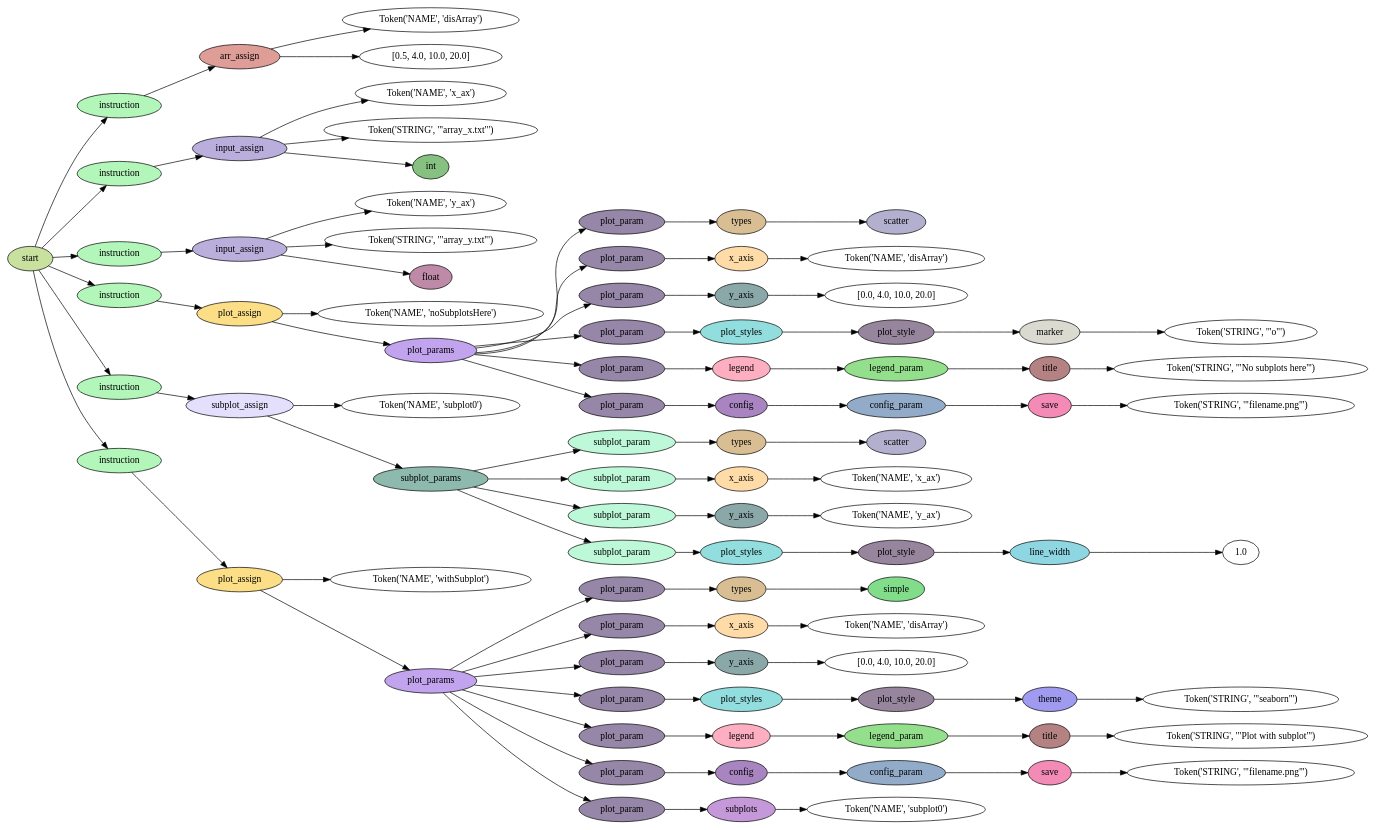
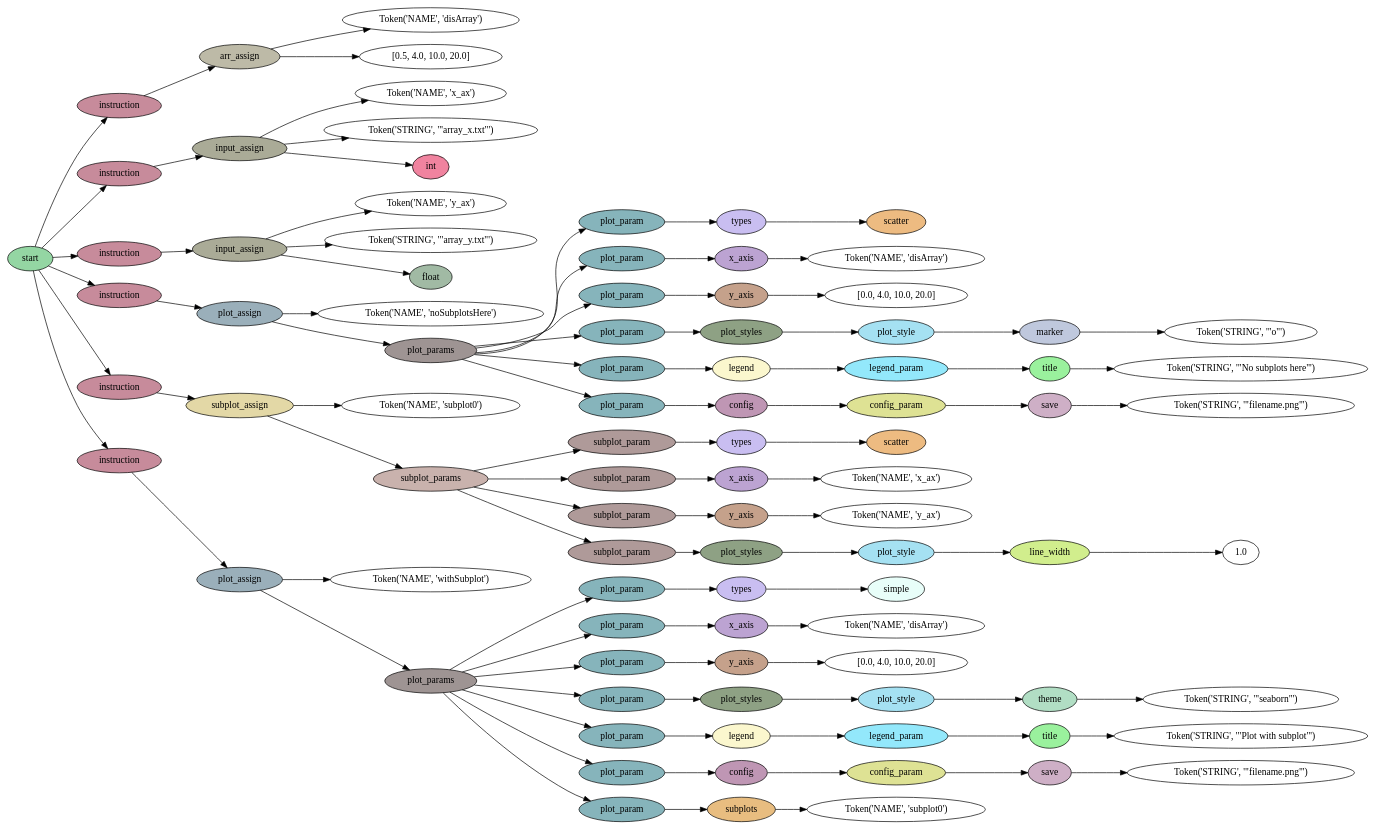
Before and after one commit to nichitaa/dsl: the diagram in parseTree/parseTree.dot, drawn with Graphviz. The commit also changed 6 other files, not shown here.

```diff
--- a/parseTree/parseTree.dot
+++ b/parseTree/parseTree.dot
@@ -1,186 +1,186 @@
 digraph G {
 rankdir=LR;
 0 [label="Token('NAME', 'disArray')"];
 1 [label="[0.5, 4.0, 10.0, 20.0]"];
-2 [fillcolor="#df9d98", label=arr_assign, style=filled];
+2 [fillcolor="#bdbaa7", label=arr_assign, style=filled];
 2 -> 0;
 2 -> 1;
-3 [fillcolor="#b2f7b9", label=instruction, style=filled];
+3 [fillcolor="#c78b9b", label=instruction, style=filled];
 3 -> 2;
 4 [label="Token('NAME', 'x_ax')"];
 5 [label="Token('STRING', '\"array_x.txt\"')"];
-6 [fillcolor="#87c182", label=int, style=filled];
-7 [fillcolor="#b9aedc", label=input_assign, style=filled];
+6 [fillcolor="#f0839f", label=int, style=filled];
+7 [fillcolor="#aaab97", label=input_assign, style=filled];
 7 -> 4;
 7 -> 5;
 7 -> 6;
-8 [fillcolor="#b2f7b9", label=instruction, style=filled];
+8 [fillcolor="#c78b9b", label=instruction, style=filled];
 8 -> 7;
 9 [label="Token('NAME', 'y_ax')"];
 10 [label="Token('STRING', '\"array_y.txt\"')"];
-11 [fillcolor="#bf89a8", label=float, style=filled];
-12 [fillcolor="#b9aedc", label=input_assign, style=filled];
+11 [fillcolor="#a1baa4", label=float, style=filled];
+12 [fillcolor="#aaab97", label=input_assign, style=filled];
 12 -> 9;
 12 -> 10;
 12 -> 11;
-13 [fillcolor="#b2f7b9", label=instruction, style=filled];
+13 [fillcolor="#c78b9b", label=instruction, style=filled];
 13 -> 12;
 14 [label="Token('NAME', 'noSubplotsHere')"];
-15 [fillcolor="#b3b0cf", label=scatter, style=filled];
-16 [fillcolor="#d9bd93", label=types, style=filled];
+15 [fillcolor="#edbb81", label=scatter, style=filled];
+16 [fillcolor="#c9bef1", label=types, style=filled];
 16 -> 15;
-17 [fillcolor="#9686a8", label=plot_param, style=filled];
+17 [fillcolor="#86b4bb", label=plot_param, style=filled];
 17 -> 16;
 18 [label="Token('NAME', 'disArray')"];
-19 [fillcolor="#ffdba8", label=x_axis, style=filled];
+19 [fillcolor="#bca3d2", label=x_axis, style=filled];
 19 -> 18;
-20 [fillcolor="#9686a8", label=plot_param, style=filled];
+20 [fillcolor="#86b4bb", label=plot_param, style=filled];
 20 -> 19;
 21 [label="[0.0, 4.0, 10.0, 20.0]"];
-22 [fillcolor="#8ba8a9", label=y_axis, style=filled];
+22 [fillcolor="#c5a18b", label=y_axis, style=filled];
 22 -> 21;
-23 [fillcolor="#9686a8", label=plot_param, style=filled];
+23 [fillcolor="#86b4bb", label=plot_param, style=filled];
 23 -> 22;
 24 [label="Token('STRING', '\"o\"')"];
-25 [fillcolor="#dadad0", label=marker, style=filled];
+25 [fillcolor="#bfc8dd", label=marker, style=filled];
 25 -> 24;
-26 [fillcolor="#97859d", label=plot_style, style=filled];
+26 [fillcolor="#a5e1f2", label=plot_style, style=filled];
 26 -> 25;
-27 [fillcolor="#92ddde", label=plot_styles, style=filled];
+27 [fillcolor="#8ea184", label=plot_styles, style=filled];
 27 -> 26;
-28 [fillcolor="#9686a8", label=plot_param, style=filled];
+28 [fillcolor="#86b4bb", label=plot_param, style=filled];
 28 -> 27;
 29 [label="Token('STRING', '\"No subplots here\"')"];
-30 [fillcolor="#b48283", label=title, style=filled];
+30 [fillcolor="#9af19d", label=title, style=filled];
 30 -> 29;
-31 [fillcolor="#93df8b", label=legend_param, style=filled];
+31 [fillcolor="#93e8fb", label=legend_param, style=filled];
 31 -> 30;
-32 [fillcolor="#fdaec1", label=legend, style=filled];
+32 [fillcolor="#fbf7ce", label=legend, style=filled];
 32 -> 31;
-33 [fillcolor="#9686a8", label=plot_param, style=filled];
+33 [fillcolor="#86b4bb", label=plot_param, style=filled];
 33 -> 32;
 34 [label="Token('STRING', '\"filename.png\"')"];
-35 [fillcolor="#f38bb6", label=save, style=filled];
+35 [fillcolor="#ceafc6", label=save, style=filled];
 35 -> 34;
-36 [fillcolor="#92abc8", label=config_param, style=filled];
+36 [fillcolor="#dee294", label=config_param, style=filled];
 36 -> 35;
-37 [fillcolor="#a885c0", label=config, style=filled];
+37 [fillcolor="#bf96b4", label=config, style=filled];
 37 -> 36;
-38 [fillcolor="#9686a8", label=plot_param, style=filled];
+38 [fillcolor="#86b4bb", label=plot_param, style=filled];
 38 -> 37;
-39 [fillcolor="#c2a3ee", label=plot_params, style=filled];
+39 [fillcolor="#9e9493", label=plot_params, style=filled];
 39 -> 17;
 39 -> 20;
 39 -> 23;
 39 -> 28;
 39 -> 33;
 39 -> 38;
-40 [fillcolor="#fbde86", label=plot_assign, style=filled];
+40 [fillcolor="#9aafba", label=plot_assign, style=filled];
 40 -> 14;
 40 -> 39;
-41 [fillcolor="#b2f7b9", label=instruction, style=filled];
+41 [fillcolor="#c78b9b", label=instruction, style=filled];
 41 -> 40;
 42 [label="Token('NAME', 'subplot0')"];
-43 [fillcolor="#b3b0cf", label=scatter, style=filled];
-44 [fillcolor="#d9bd93", label=types, style=filled];
+43 [fillcolor="#edbb81", label=scatter, style=filled];
+44 [fillcolor="#c9bef1", label=types, style=filled];
 44 -> 43;
-45 [fillcolor="#bdf8d8", label=subplot_param, style=filled];
+45 [fillcolor="#af9a99", label=subplot_param, style=filled];
 45 -> 44;
 46 [label="Token('NAME', 'x_ax')"];
-47 [fillcolor="#ffdba8", label=x_axis, style=filled];
+47 [fillcolor="#bca3d2", label=x_axis, style=filled];
 47 -> 46;
-48 [fillcolor="#bdf8d8", label=subplot_param, style=filled];
+48 [fillcolor="#af9a99", label=subplot_param, style=filled];
 48 -> 47;
 49 [label="Token('NAME', 'y_ax')"];
-50 [fillcolor="#8ba8a9", label=y_axis, style=filled];
+50 [fillcolor="#c5a18b", label=y_axis, style=filled];
 50 -> 49;
-51 [fillcolor="#bdf8d8", label=subplot_param, style=filled];
+51 [fillcolor="#af9a99", label=subplot_param, style=filled];
 51 -> 50;
 52 [label="1.0"];
-53 [fillcolor="#8fd6e3", label=line_width, style=filled];
+53 [fillcolor="#d1ee8d", label=line_width, style=filled];
 53 -> 52;
-54 [fillcolor="#97859d", label=plot_style, style=filled];
+54 [fillcolor="#a5e1f2", label=plot_style, style=filled];
 54 -> 53;
-55 [fillcolor="#92ddde", label=plot_styles, style=filled];
+55 [fillcolor="#8ea184", label=plot_styles, style=filled];
 55 -> 54;
-56 [fillcolor="#bdf8d8", label=subplot_param, style=filled];
+56 [fillcolor="#af9a99", label=subplot_param, style=filled];
 56 -> 55;
-57 [fillcolor="#8ebaae", label=subplot_params, style=filled];
+57 [fillcolor="#c9b2ad", label=subplot_params, style=filled];
 57 -> 45;
 57 -> 48;
 57 -> 51;
 57 -> 56;
-58 [fillcolor="#e5dffe", label=subplot_assign, style=filled];
+58 [fillcolor="#e3d8a6", label=subplot_assign, style=filled];
 58 -> 42;
 58 -> 57;
-59 [fillcolor="#b2f7b9", label=instruction, style=filled];
+59 [fillcolor="#c78b9b", label=instruction, style=filled];
 59 -> 58;
 60 [label="Token('NAME', 'withSubplot')"];
-61 [fillcolor="#81dd89", label=simple, style=filled];
-62 [fillcolor="#d9bd93", label=types, style=filled];
+61 [fillcolor="#e8fef9", label=simple, style=filled];
+62 [fillcolor="#c9bef1", label=types, style=filled];
 62 -> 61;
-63 [fillcolor="#9686a8", label=plot_param, style=filled];
+63 [fillcolor="#86b4bb", label=plot_param, style=filled];
 63 -> 62;
 64 [label="Token('NAME', 'disArray')"];
-65 [fillcolor="#ffdba8", label=x_axis, style=filled];
+65 [fillcolor="#bca3d2", label=x_axis, style=filled];
 65 -> 64;
-66 [fillcolor="#9686a8", label=plot_param, style=filled];
+66 [fillcolor="#86b4bb", label=plot_param, style=filled];
 66 -> 65;
 67 [label="[0.0, 4.0, 10.0, 20.0]"];
-68 [fillcolor="#8ba8a9", label=y_axis, style=filled];
+68 [fillcolor="#c5a18b", label=y_axis, style=filled];
 68 -> 67;
-69 [fillcolor="#9686a8", label=plot_param, style=filled];
+69 [fillcolor="#86b4bb", label=plot_param, style=filled];
 69 -> 68;
 70 [label="Token('STRING', '\"seaborn\"')"];
-71 [fillcolor="#a09bf0", label=theme, style=filled];
+71 [fillcolor="#b1dec4", label=theme, style=filled];
 71 -> 70;
-72 [fillcolor="#97859d", label=plot_style, style=filled];
+72 [fillcolor="#a5e1f2", label=plot_style, style=filled];
 72 -> 71;
-73 [fillcolor="#92ddde", label=plot_styles, style=filled];
+73 [fillcolor="#8ea184", label=plot_styles, style=filled];
 73 -> 72;
-74 [fillcolor="#9686a8", label=plot_param, style=filled];
+74 [fillcolor="#86b4bb", label=plot_param, style=filled];
 74 -> 73;
 75 [label="Token('STRING', '\"Plot with subplot\"')"];
-76 [fillcolor="#b48283", label=title, style=filled];
+76 [fillcolor="#9af19d", label=title, style=filled];
 76 -> 75;
-77 [fillcolor="#93df8b", label=legend_param, style=filled];
+77 [fillcolor="#93e8fb", label=legend_param, style=filled];
 77 -> 76;
-78 [fillcolor="#fdaec1", label=legend, style=filled];
+78 [fillcolor="#fbf7ce", label=legend, style=filled];
 78 -> 77;
-79 [fillcolor="#9686a8", label=plot_param, style=filled];
+79 [fillcolor="#86b4bb", label=plot_param, style=filled];
 79 -> 78;
 80 [label="Token('STRING', '\"filename.png\"')"];
-81 [fillcolor="#f38bb6", label=save, style=filled];
+81 [fillcolor="#ceafc6", label=save, style=filled];
 81 -> 80;
-82 [fillcolor="#92abc8", label=config_param, style=filled];
+82 [fillcolor="#dee294", label=config_param, style=filled];
 82 -> 81;
-83 [fillcolor="#a885c0", label=config, style=filled];
+83 [fillcolor="#bf96b4", label=config, style=filled];
 83 -> 82;
-84 [fillcolor="#9686a8", label=plot_param, style=filled];
+84 [fillcolor="#86b4bb", label=plot_param, style=filled];
 84 -> 83;
 85 [label="Token('NAME', 'subplot0')"];
-86 [fillcolor="#c599d9", label=subplots, style=filled];
+86 [fillcolor="#e8bd80", label=subplots, style=filled];
 86 -> 85;
-87 [fillcolor="#9686a8", label=plot_param, style=filled];
+87 [fillcolor="#86b4bb", label=plot_param, style=filled];
 87 -> 86;
-88 [fillcolor="#c2a3ee", label=plot_params, style=filled];
+88 [fillcolor="#9e9493", label=plot_params, style=filled];
 88 -> 63;
 88 -> 66;
 88 -> 69;
 88 -> 74;
 88 -> 79;
 88 -> 84;
 88 -> 87;
-89 [fillcolor="#fbde86", label=plot_assign, style=filled];
+89 [fillcolor="#9aafba", label=plot_assign, style=filled];
 89 -> 60;
 89 -> 88;
-90 [fillcolor="#b2f7b9", label=instruction, style=filled];
+90 [fillcolor="#c78b9b", label=instruction, style=filled];
 90 -> 89;
-91 [fillcolor="#c9e19e", label=start, style=filled];
+91 [fillcolor="#94d6a3", label=start, style=filled];
 91 -> 3;
 91 -> 8;
 91 -> 13;
 91 -> 41;
 91 -> 59;
 91 -> 90;
 }
```
